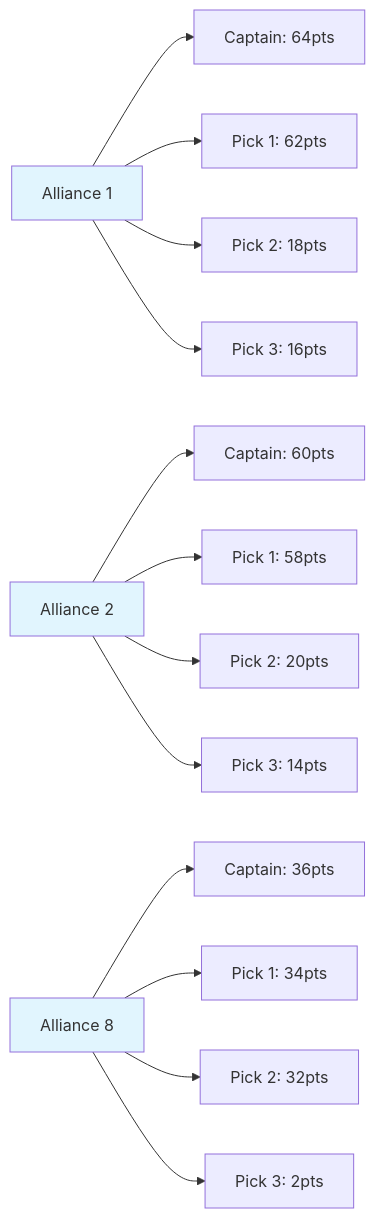
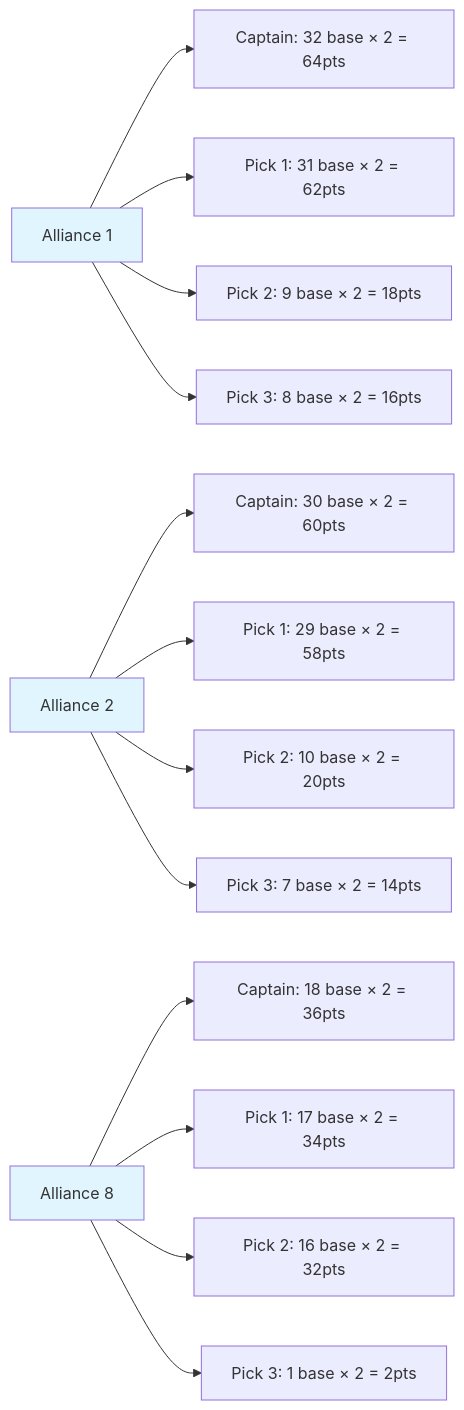
The third of 9 diagrams in docs/business-logic/scoring-visual.md (squirlemaster42/fantasy-frc-web), drawn with Mermaid before and after one commit. The commit also changed other lines of this file and 28 other files, not shown here.

````diff
--- a/docs/business-logic/scoring-visual.md
+++ b/docs/business-logic/scoring-visual.md
@@ -72,21 +74,21 @@
 ```mermaid
 graph LR
-    A[Alliance 1] --> B[Captain: 64pts]
-    A --> C[Pick 1: 62pts]
-    A --> D[Pick 2: 18pts]
-    A --> E[Pick 3: 16pts]
-    
-    F[Alliance 2] --> G[Captain: 60pts]
-    F --> H[Pick 1: 58pts]
-    F --> I[Pick 2: 20pts]
-    F --> J[Pick 3: 14pts]
-    
-    K[Alliance 8] --> L[Captain: 36pts]
-    K --> M[Pick 1: 34pts]
-    K --> N[Pick 2: 32pts]
-    K --> O[Pick 3: 2pts]
-    
+    A[Alliance 1] --> B[Captain: 32 base × 2 = 64pts]
+    A --> C[Pick 1: 31 base × 2 = 62pts]
+    A --> D[Pick 2: 9 base × 2 = 18pts]
+    A --> E[Pick 3: 8 base × 2 = 16pts]
+
+    F[Alliance 2] --> G[Captain: 30 base × 2 = 60pts]
+    F --> H[Pick 1: 29 base × 2 = 58pts]
+    F --> I[Pick 2: 10 base × 2 = 20pts]
+    F --> J[Pick 3: 7 base × 2 = 14pts]
+
+    K[Alliance 8] --> L[Captain: 18 base × 2 = 36pts]
+    K --> M[Pick 1: 17 base × 2 = 34pts]
+    K --> N[Pick 2: 16 base × 2 = 32pts]
+    K --> O[Pick 3: 1 base × 2 = 2pts]
+
     style A fill:#e1f5fe
     style F fill:#e1f5fe
     style K fill:#e1f5fe
 ```
````
